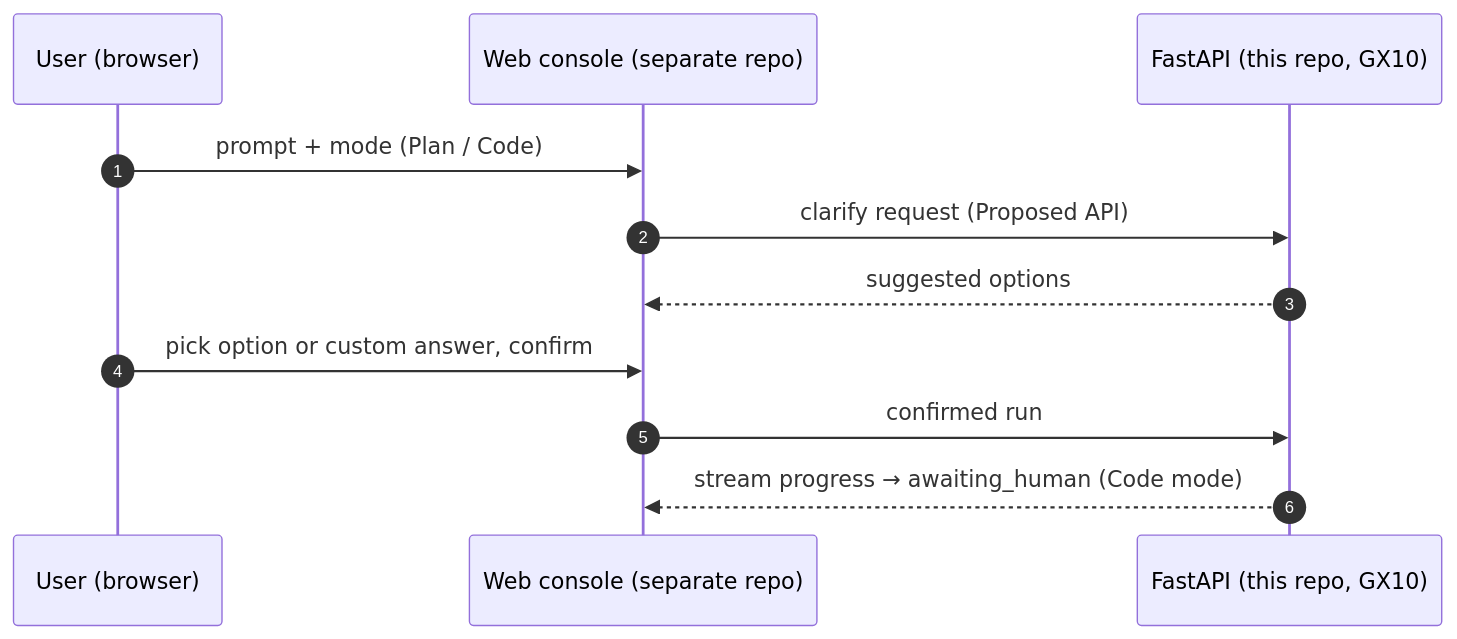
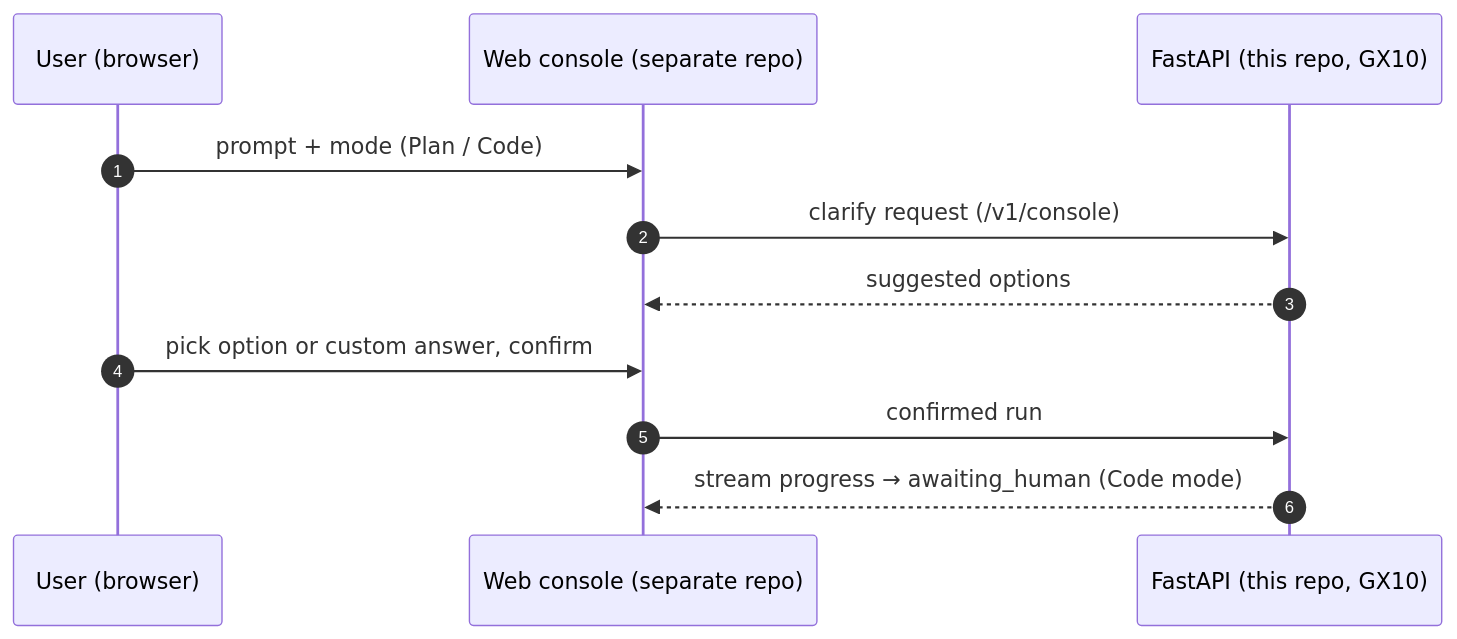
The diagram in docs/vision/product-vision.md (MWilk97/sprint-crew-v2), drawn with Mermaid before and after one commit. The commit also changed other lines of this file and 5 other files, not shown here.

First line of the commit message:
docs: sync architecture, model evaluation, and ADR status with code

````diff
--- a/docs/vision/product-vision.md
+++ b/docs/vision/product-vision.md
@@ -20,13 +20,13 @@
 ```mermaid
 sequenceDiagram
   autonumber
   participant U as User (browser)
   participant W as Web console (separate repo)
   participant A as FastAPI (this repo, GX10)
   U->>W: prompt + mode (Plan / Code)
-  W->>A: clarify request (Proposed API)
+  W->>A: clarify request (/v1/console)
   A-->>W: suggested options
   U->>W: pick option or custom answer, confirm
   W->>A: confirmed run
   A-->>W: stream progress → awaiting_human (Code mode)
 ```
````
